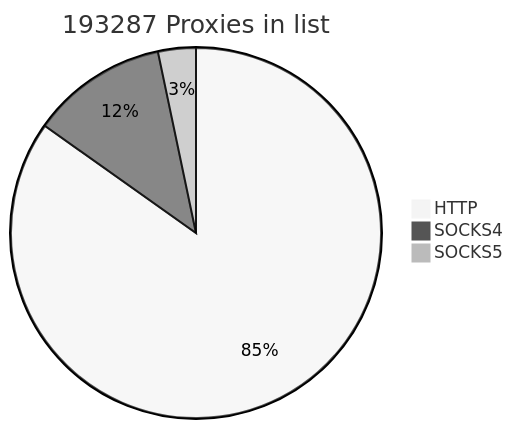
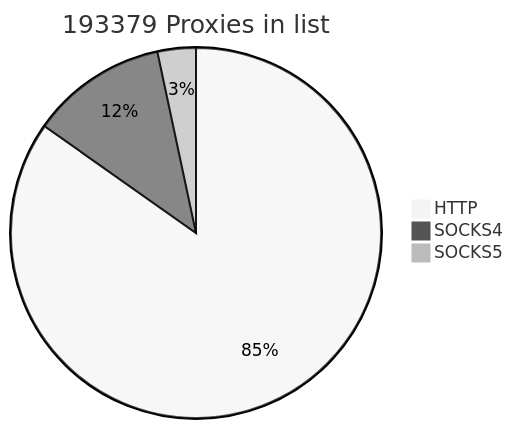
The first of 2 diagrams in README.md (cutipu/proxylist), drawn with Mermaid (neutral theme) before and after one commit. The commit also changed other lines of this file, not shown here.

````diff
--- a/README.md
+++ b/README.md
@@ -2,7 +2,7 @@
 ```mermaid
-pie title 193287 Proxies in list
+pie title 193379 Proxies in list
     "HTTP" : 163949
     "SOCKS4" : 22964
-    "SOCKS5" : 6374
+    "SOCKS5" : 6466
             
 ```
````
